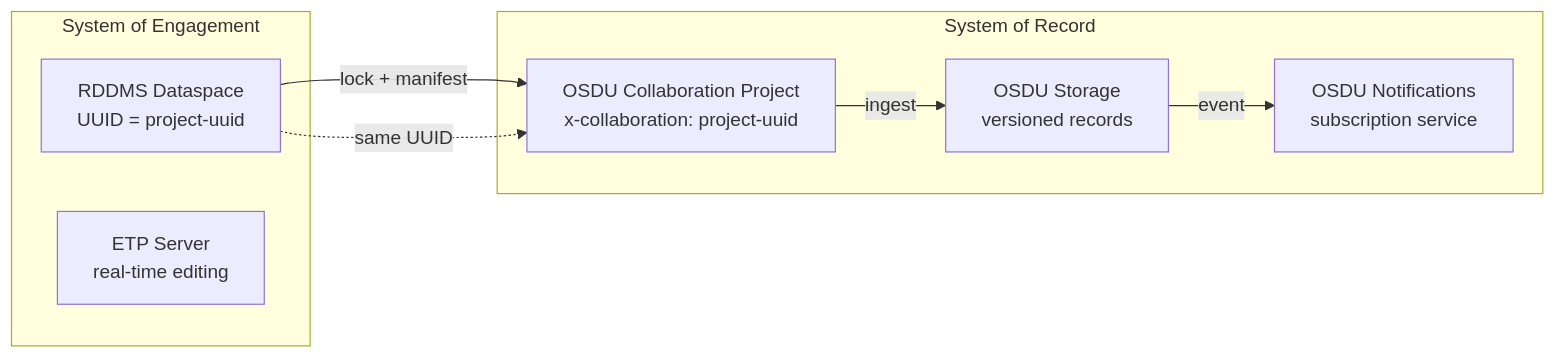
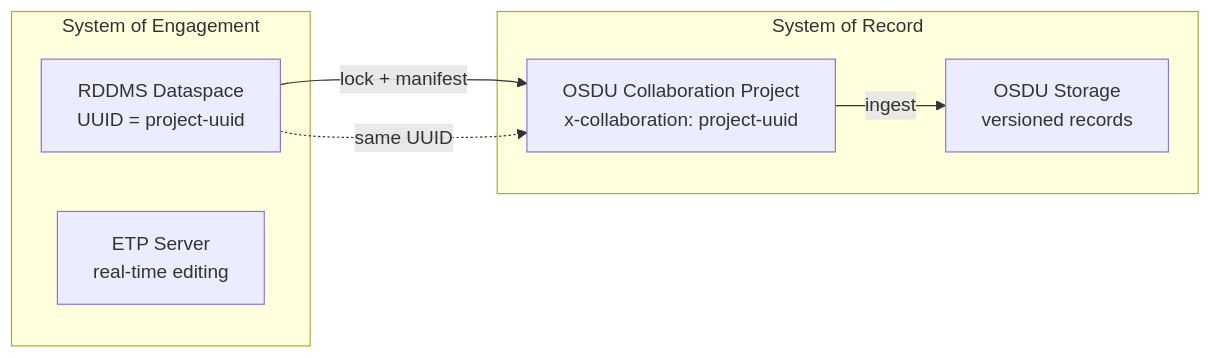
Before and after one commit to marcusapel/open-etp-client: the diagram in witsml-demo/RESQML-DEVPLAN.md, drawn with Mermaid. The commit also changed other lines of this file and 5 other files, not shown here.

````diff
--- a/witsml-demo/RESQML-DEVPLAN.md
+++ b/witsml-demo/RESQML-DEVPLAN.md
@@ -769,19 +335,14 @@
 ```mermaid
 flowchart LR
     subgraph SoE[System of Engagement]
         DS[RDDMS Dataspace\nUUID = project-uuid]
         ETP[ETP Server\nreal-time editing]
     end
-
     subgraph SoR[System of Record]
         CP[OSDU Collaboration Project\nx-collaboration: project-uuid]
         STORE[OSDU Storage\nversioned records]
-        NOTIFY[OSDU Notifications\nsubscription service]
     end
-
     DS -->|lock + manifest| CP
     CP -->|ingest| STORE
-    STORE -->|event| NOTIFY
-
     DS -.->|same UUID| CP
 ```
````
